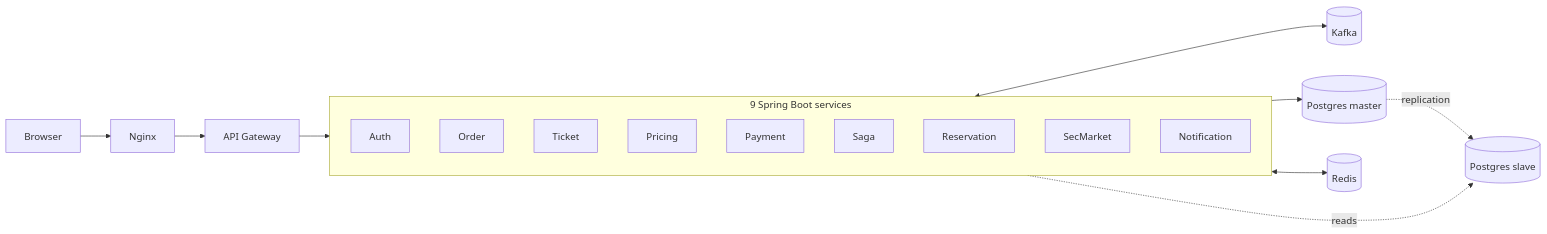
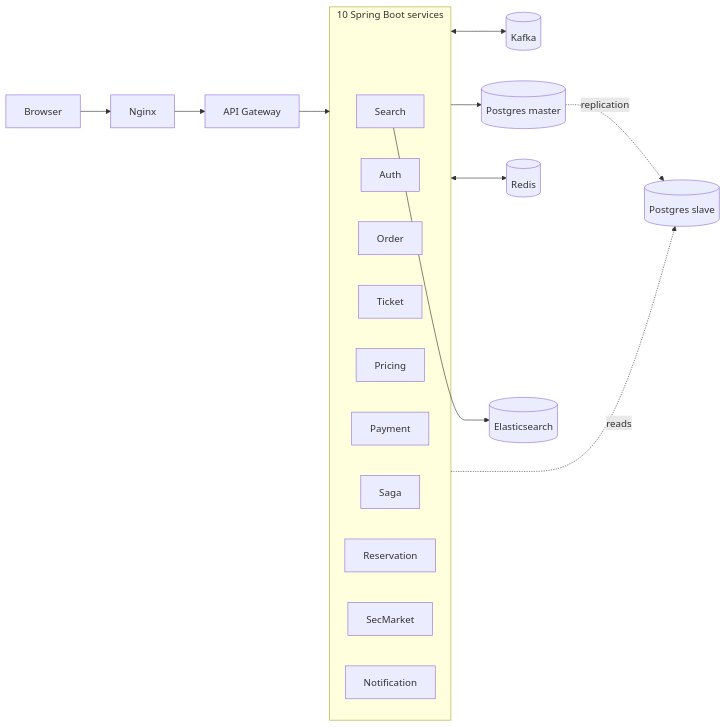
One commit to xol60/ticketing-platform changed the first of 2 diagrams in README.md. Above: the diagram before and after it, drawn with Mermaid. The commit also changed other lines of this file and 4 other files, not shown here.

````diff
--- a/README.md
+++ b/README.md
@@ -20,23 +20,25 @@
 ```mermaid
 flowchart LR
     Browser[Browser] --> Nginx
     Nginx --> Gateway[API Gateway]
     Gateway --> Services
     Services <--> Kafka[(Kafka)]
     Services --> PgMaster[(Postgres master)]
     Services -.reads.-> PgSlave[(Postgres slave)]
     Services <--> Redis[(Redis)]
+    S10 --> ES[(Elasticsearch)]
     PgMaster -.replication.-> PgSlave
 
-    subgraph Services[" 9 Spring Boot services "]
+    subgraph Services[" 10 Spring Boot services "]
         S1[Auth]
         S2[Order]
         S3[Ticket]
         S4[Pricing]
         S5[Payment]
         S6[Saga]
         S7[Reservation]
         S8[SecMarket]
         S9[Notification]
+        S10[Search]
     end
 ```
````
